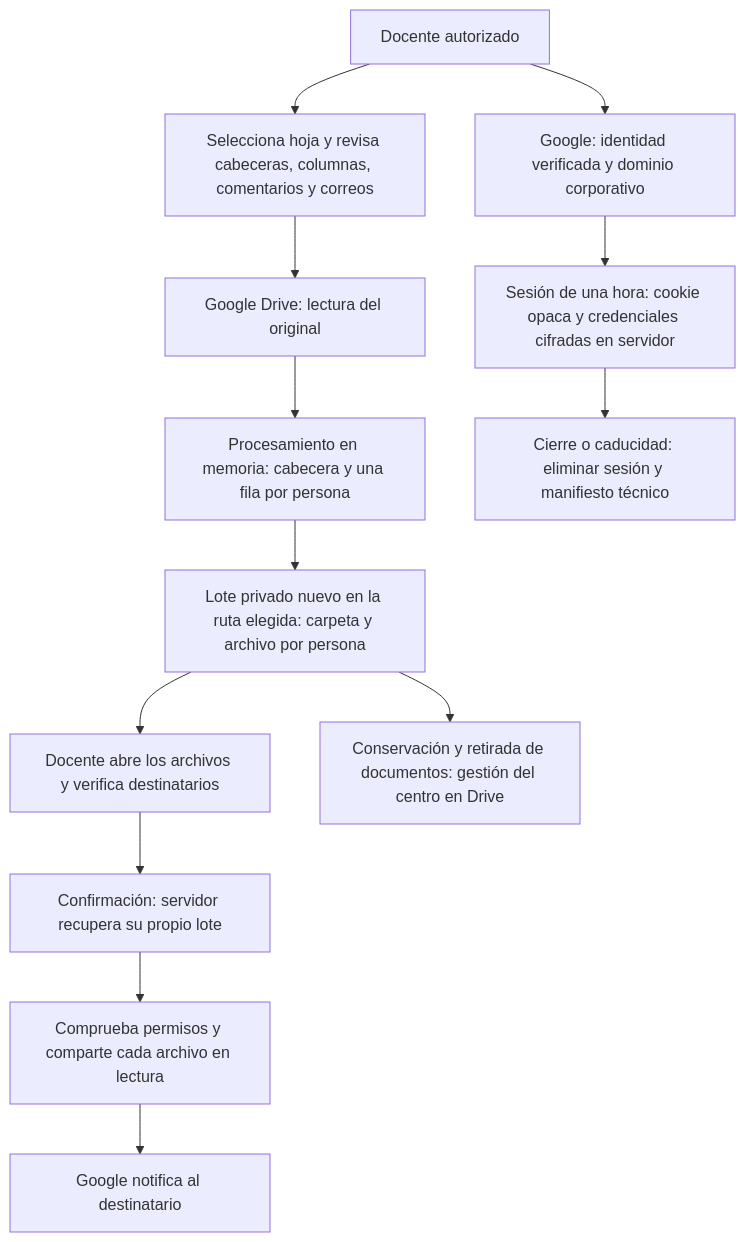
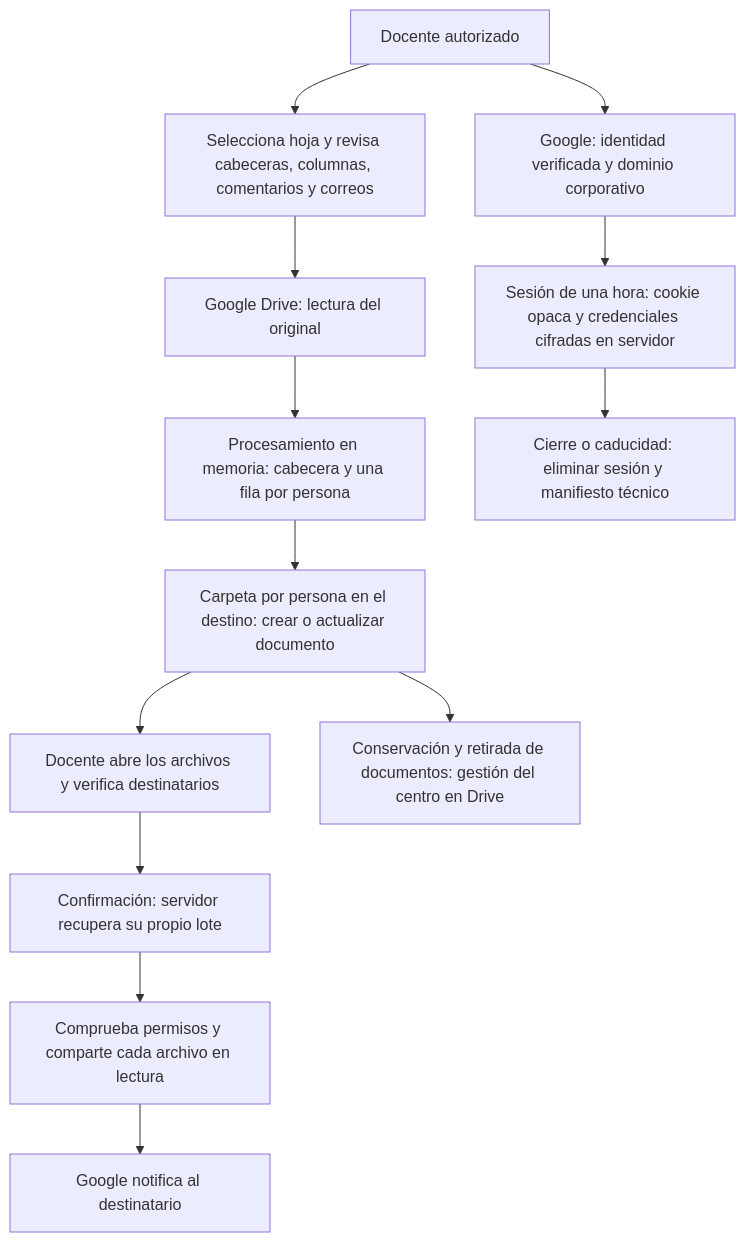
Before and after one commit to anderfrago/trasladar-notas: the diagram in docs/PRIVACIDAD_Y_ACTUALIZACION.md, drawn with Mermaid. The commit also changed other lines of this file and 5 other files, not shown here.

````diff
--- a/docs/PRIVACIDAD_Y_ACTUALIZACION.md
+++ b/docs/PRIVACIDAD_Y_ACTUALIZACION.md
@@ -7,15 +7,15 @@
 ```mermaid
 flowchart TD
     D[Docente autorizado] --> O[Google: identidad verificada y dominio corporativo]
     O --> S[Sesión de una hora: cookie opaca y credenciales cifradas en servidor]
     D --> R[Selecciona hoja y revisa cabeceras, columnas, comentarios y correos]
     R --> G[Google Drive: lectura del original]
     G --> M[Procesamiento en memoria: cabecera y una fila por persona]
-    M --> P[Lote privado nuevo en la ruta elegida: carpeta y archivo por persona]
+    M --> P[Carpeta por persona en el destino: crear o actualizar documento]
     P --> V[Docente abre los archivos y verifica destinatarios]
     V --> C[Confirmación: servidor recupera su propio lote]
     C --> A[Comprueba permisos y comparte cada archivo en lectura]
     A --> N[Google notifica al destinatario]
     S --> X[Cierre o caducidad: eliminar sesión y manifiesto técnico]
     P --> K[Conservación y retirada de documentos: gestión del centro en Drive]
 ```
````
